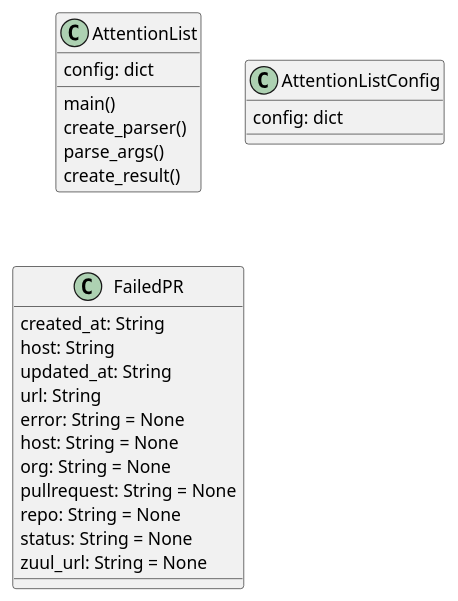
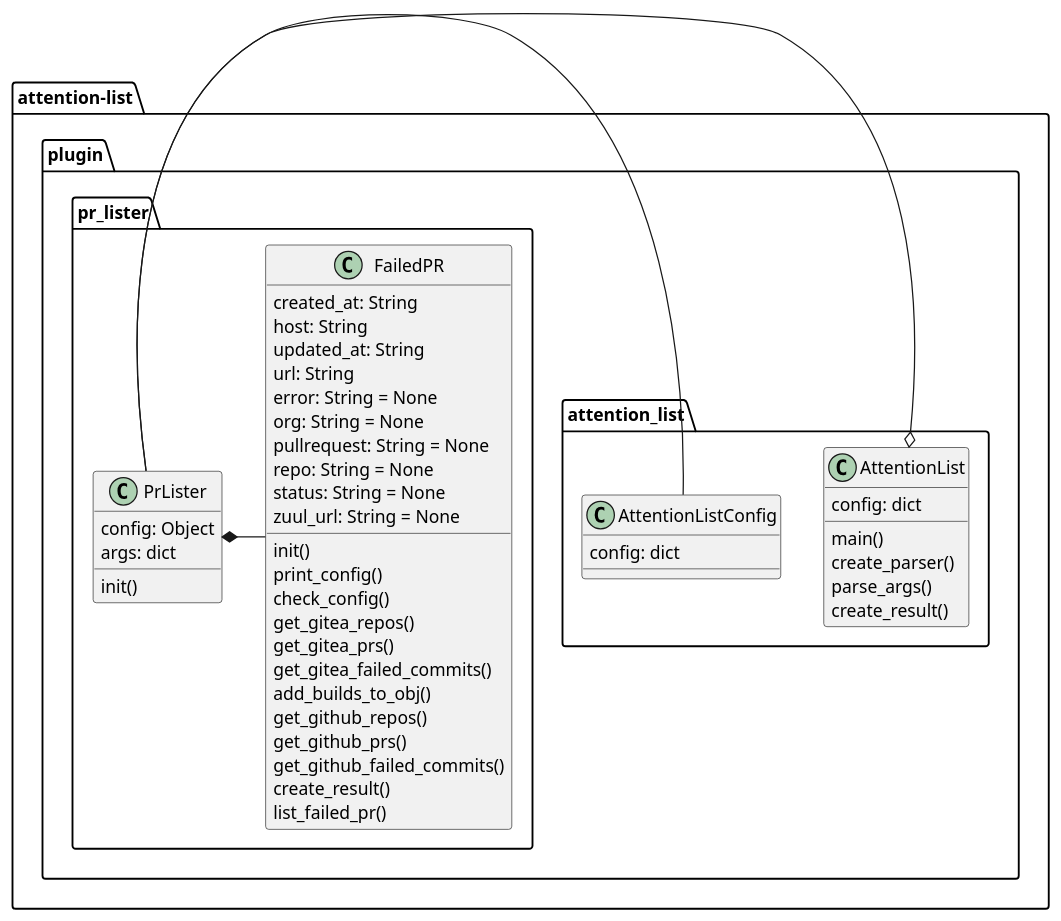
Before and after one commit to opentelekomcloud-infra/attention-list: the diagram in planning/classdiagram.plantuml, drawn with PlantUML. The commit also changed 1 other file, not shown here.

```diff
--- a/planning/classdiagram.plantuml
+++ b/planning/classdiagram.plantuml
@@ -1,27 +1,56 @@
 @startuml Hello World
-class AttentionList {
-  config: dict
-  main()
-  create_parser()
-  parse_args()
-  create_result()
+
+package attention-list.plugin.attention_list {
+  class AttentionList {
+    config: dict
+    main()
+    create_parser()
+    parse_args()
+    create_result()
+    }
+  class AttentionListConfig{
+    config: dict
+  }
 }
 
-class AttentionListConfig{
-   config: dict
+package attention-list.plugin.pr_lister {
+  class PrLister  {
+  config: Object
+  args: dict
+  
+  init()
+  }
+
+  class FailedPR {
+    created_at: String
+    host: String
+    updated_at: String
+    url: String
+    error: String = None
+    org: String = None
+    pullrequest: String = None
+    repo: String = None
+    status: String = None
+    zuul_url: String = None
+    
+    init()
+    print_config()
+    check_config()
+    get_gitea_repos()
+    get_gitea_prs()
+    get_gitea_failed_commits()
+    add_builds_to_obj()
+    get_github_repos()
+    get_github_prs()
+    get_github_failed_commits()
+    create_result()
+    list_failed_pr()
+  }
 }
 
-class FailedPR{
-  created_at: String
-  host: String
-  updated_at: String
-  url: String
-  error: String = None
-  host: String = None
-  org: String = None
-  pullrequest: String = None
-  repo: String = None
-  status: String = None
-  zuul_url: String = None
-}
+AttentionList o- PrLister
+PrLister *- FailedPR
+PrLister - AttentionListConfig
+
+
 @enduml
```
